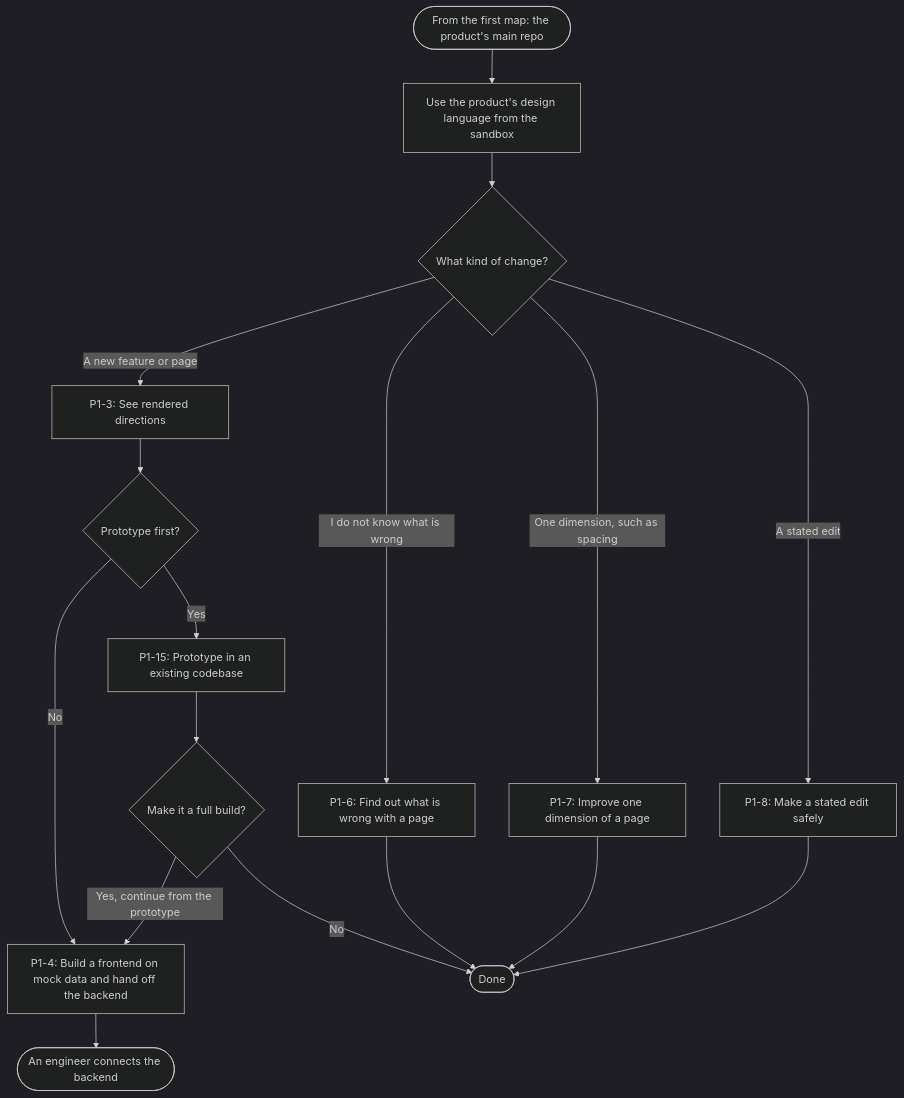
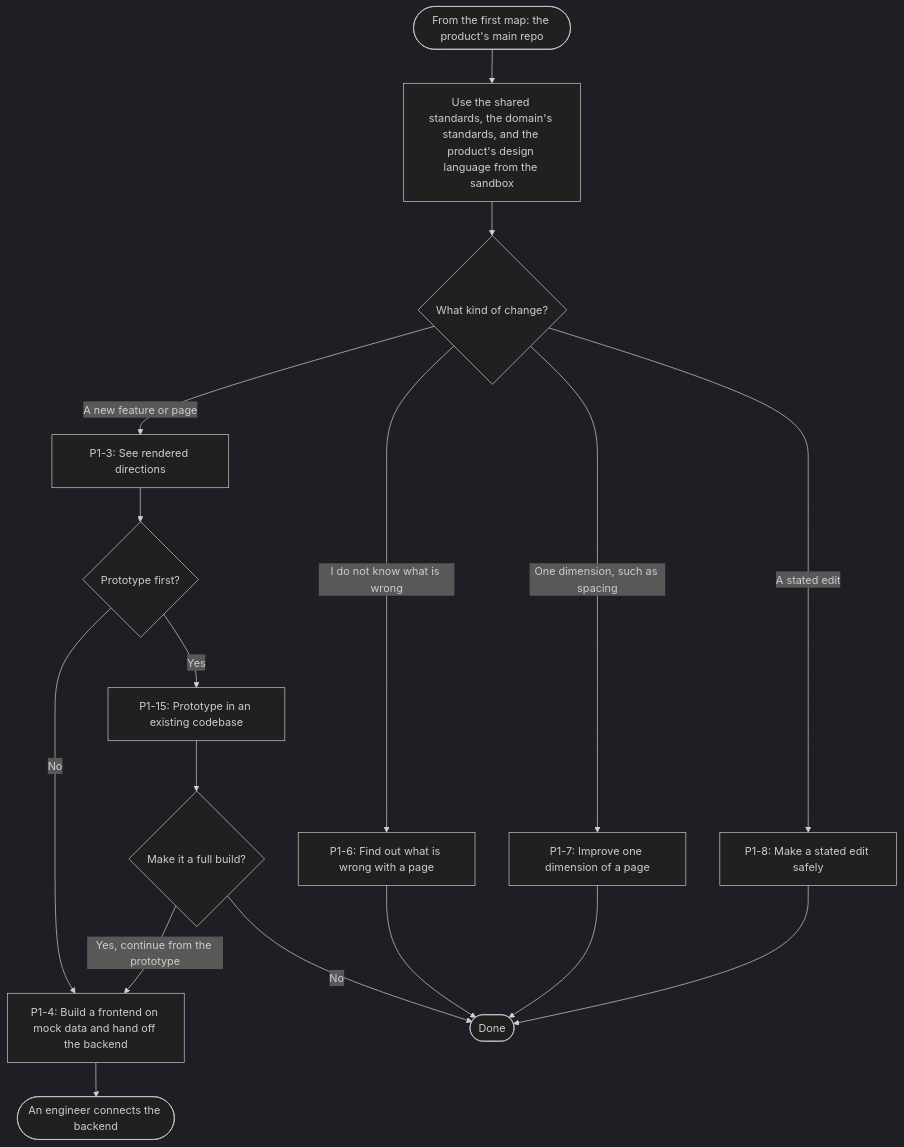
Before and after one commit to transformteamsg/dx-harness: the second of 2 diagrams in docs/specs/2026-10-05-design-revamp/stories/p1-designer.md, drawn with Mermaid (dark theme). The commit also changed other lines of this file, not shown here.

Commit message:
docs(`specs`): show the domain and the ready loop in the P1 journey maps

````diff
--- a/docs/specs/2026-10-05-design-revamp/stories/p1-designer.md
+++ b/docs/specs/2026-10-05-design-revamp/stories/p1-designer.md
@@ -93,18 +95,18 @@
 ```mermaid
 flowchart TD
-    from(["From the first map: the product's main repo"]) --> useLang["Use the product's design language from the sandbox"]
+    from(["From the first map: the product's main repo"]) --> useLang["Use the shared standards, the domain's standards, and the product's design language from the sandbox"]
     useLang --> change{What kind of change?}
     change -- A stated edit --> P1_8["P1-8: Make a stated edit safely"]
     change -- I do not know what is wrong --> P1_6["P1-6: Find out what is wrong with a page"]
     change -- "One dimension, such as spacing" --> P1_7["P1-7: Improve one dimension of a page"]
     change -- A new feature or page --> dirC["P1-3: See rendered directions"] --> proto{Prototype first?}
     proto -- Yes --> P1_15["P1-15: Prototype in an existing codebase"]
     proto -- No --> P1_4["P1-4: Build a frontend on mock data and hand off the backend"]
     P1_15 --> full{Make it a full build?}
     full -- "Yes, continue from the prototype" --> P1_4
     full -- No --> done([Done])
     P1_4 --> handoff(["An engineer connects the backend"])
     P1_6 --> done
     P1_7 --> done
     P1_8 --> done
 ```
````
